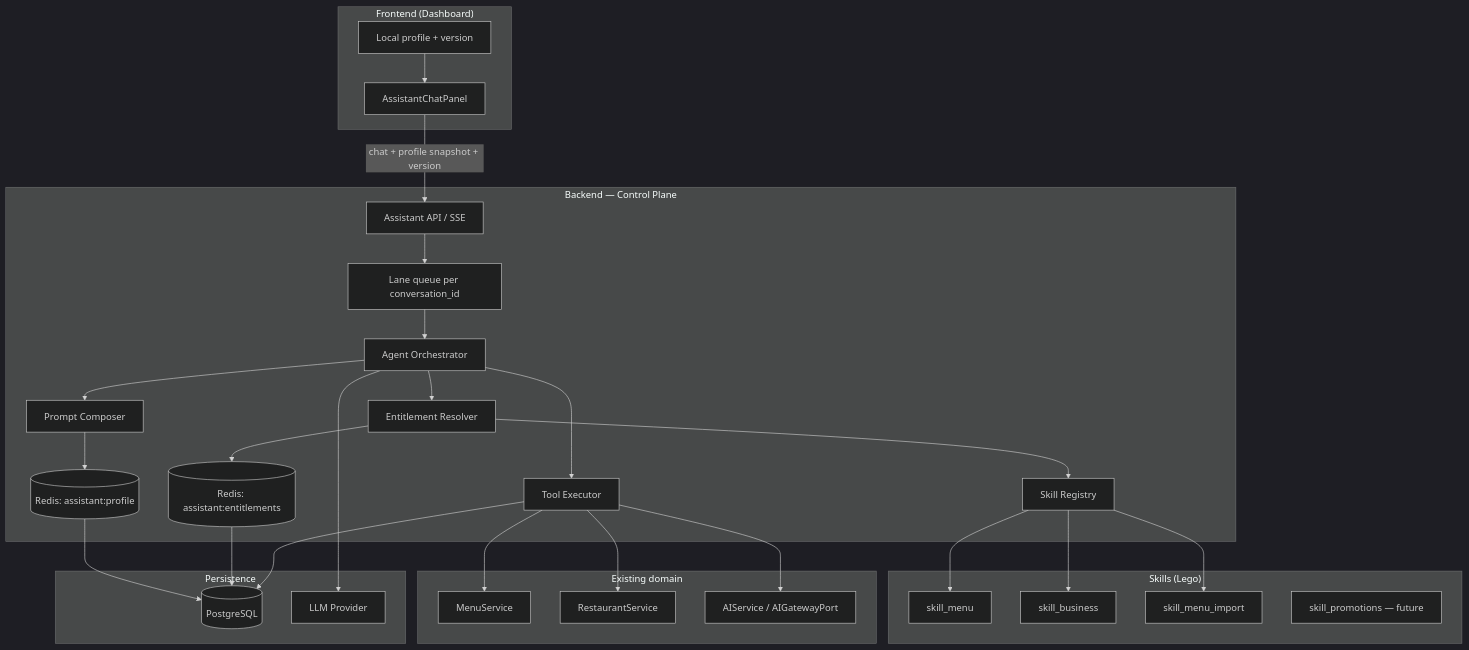
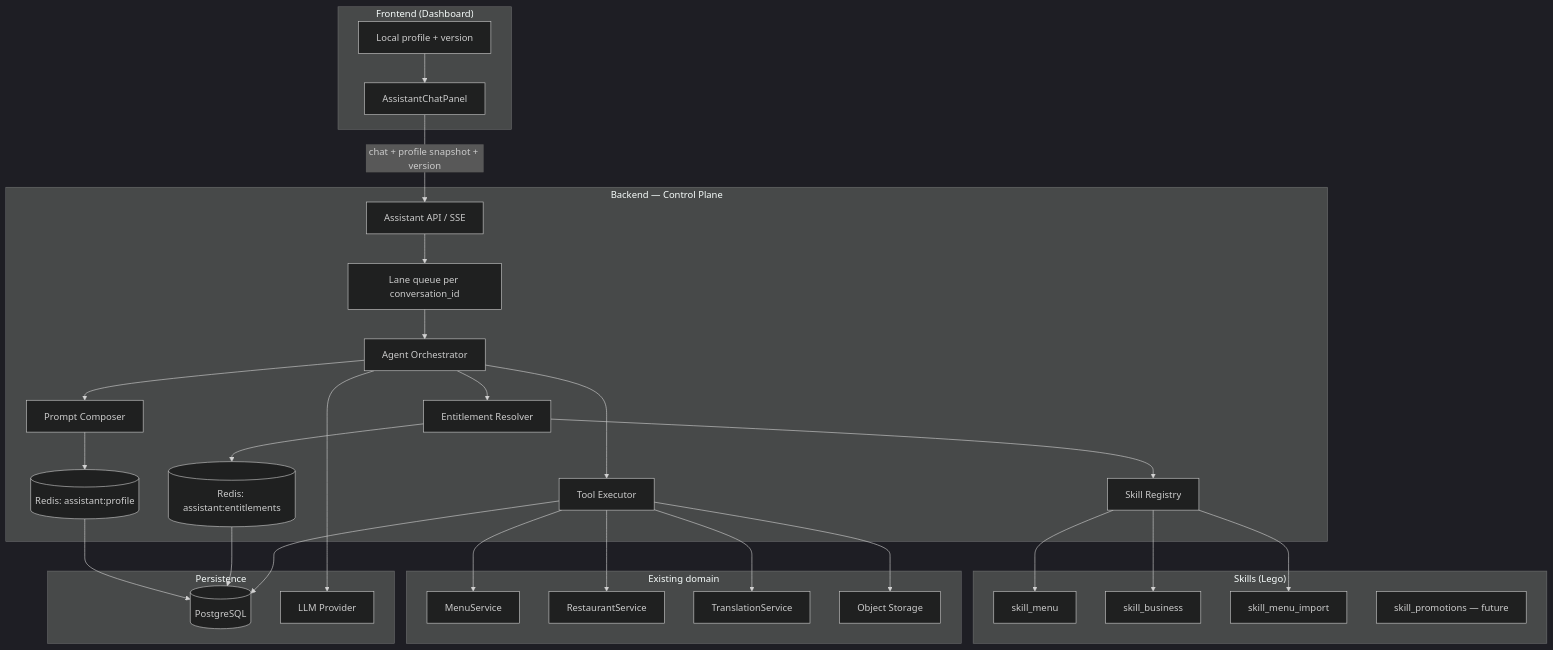
One commit to coderTtxi12/venddelo-ai changed the first of 8 diagrams in docs/superpowers/specs/2026-06-27-agentic-assistant-design.en.md. Above: the diagram before and after it, drawn with Mermaid (dark theme). The commit also changed other lines of this file, not shown here.

First line of the commit message:
docs: expand agentic assistant architecture design spec

````diff
--- a/docs/superpowers/specs/2026-06-27-agentic-assistant-design.en.md
+++ b/docs/superpowers/specs/2026-06-27-agentic-assistant-design.en.md
@@ -56,53 +61,54 @@
 ```mermaid
 graph TB
     subgraph "Frontend (Dashboard)"
         UI[AssistantChatPanel]
         ProfileStore[Local profile + version]
     end
 
     subgraph "Backend — Control Plane"
         API[Assistant API / SSE]
         Orchestrator[Agent Orchestrator]
         LaneQueue[Lane queue per conversation_id]
         PromptComposer[Prompt Composer]
         SkillRegistry[Skill Registry]
         EntitlementResolver[Entitlement Resolver]
         ToolExecutor[Tool Executor]
         ProfileCache[(Redis: assistant:profile)]
         EntitlementCache[(Redis: assistant:entitlements)]
     end
 
     subgraph "Skills (Lego)"
         SKMenu[skill_menu]
         SKBusiness[skill_business]
         SKImport[skill_menu_import]
         SKPromo[skill_promotions — future]
     end
 
     subgraph "Existing domain"
         MenuSvc[MenuService]
         RestSvc[RestaurantService]
-        AISvc[AIService / AIGatewayPort]
+        TransSvc[TranslationService]
+        Storage[Object Storage]
     end
 
     subgraph "Persistence"
         PG[(PostgreSQL)]
         LLM[LLM Provider]
     end
 
     UI -->|chat + profile snapshot + version| API
     ProfileStore --> UI
     API --> LaneQueue --> Orchestrator
     Orchestrator --> PromptComposer
     PromptComposer --> ProfileCache
     ProfileCache --> PG
     Orchestrator --> LLM
     Orchestrator --> EntitlementResolver
     EntitlementResolver --> EntitlementCache
     EntitlementCache --> PG
     EntitlementResolver --> SkillRegistry
     SkillRegistry --> SKMenu & SKBusiness & SKImport
     Orchestrator --> ToolExecutor
-    ToolExecutor --> MenuSvc & RestSvc & AISvc
+    ToolExecutor --> MenuSvc & RestSvc & TransSvc & Storage
     ToolExecutor --> PG
 ```
````
